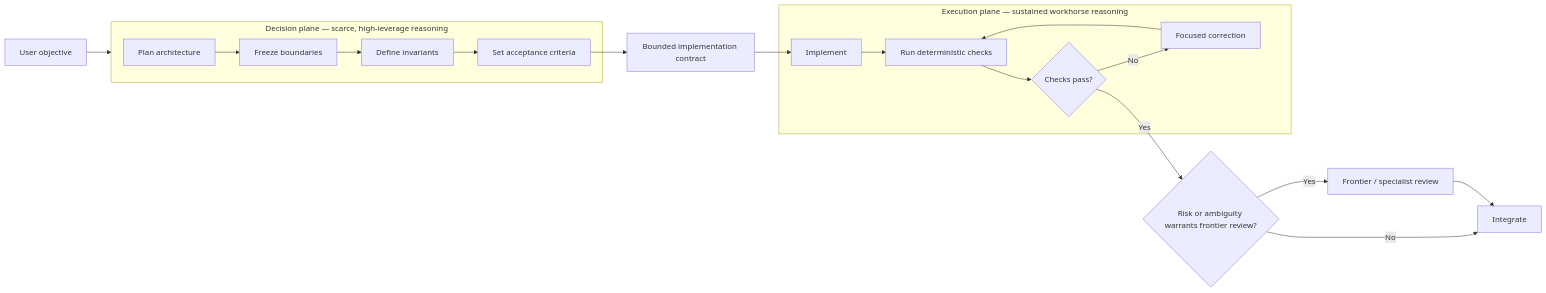
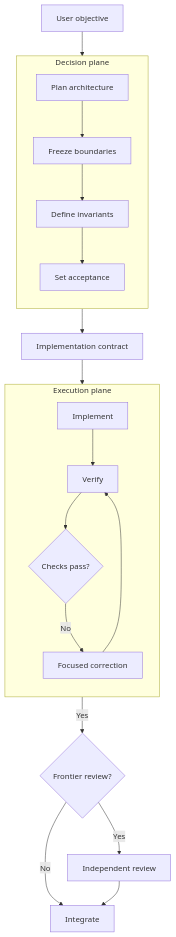
Before and after one commit to Strataward/durable-threads: the first of 6 diagrams in docs/articles/frontier-decisions-cheap-execution.md, drawn with Mermaid. The commit also changed other lines of this file and 6 other files, not shown here.

````diff
--- a/docs/articles/frontier-decisions-cheap-execution.md
+++ b/docs/articles/frontier-decisions-cheap-execution.md
@@ -17,25 +17,27 @@
 ```mermaid
-flowchart LR
-    U["User objective"] --> D
+flowchart TB
+    U["User objective"] --> P
 
-    subgraph D["Decision plane — scarce, high-leverage reasoning"]
+    subgraph DP["Decision plane"]
+        direction TB
         P["Plan architecture"] --> B["Freeze boundaries"]
         B --> I["Define invariants"]
-        I --> A["Set acceptance criteria"]
+        I --> A["Set acceptance"]
     end
 
-    A --> H["Bounded implementation contract"]
+    A --> H["Implementation contract"]
+    H --> W
 
-    subgraph E["Execution plane — sustained workhorse reasoning"]
-        W["Implement"] --> T["Run deterministic checks"]
+    subgraph EP["Execution plane"]
+        direction TB
+        W["Implement"] --> T["Verify"]
         T --> F{"Checks pass?"}
         F -->|"No"| C["Focused correction"]
         C --> T
     end
 
-    H --> W
-    F -->|"Yes"| R{"Risk or ambiguity warrants frontier review?"}
+    F -->|"Yes"| R{"Frontier review?"}
     R -->|"No"| X["Integrate"]
-    R -->|"Yes"| V["Frontier / specialist review"]
+    R -->|"Yes"| V["Independent review"]
     V --> X
 ```
````
